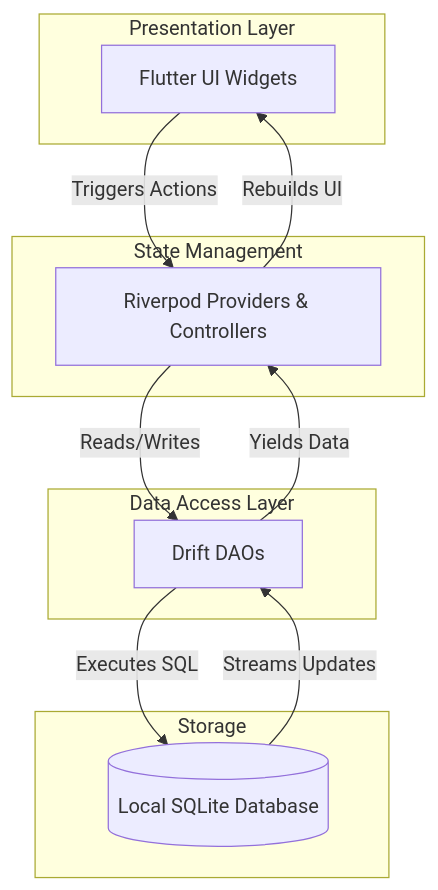
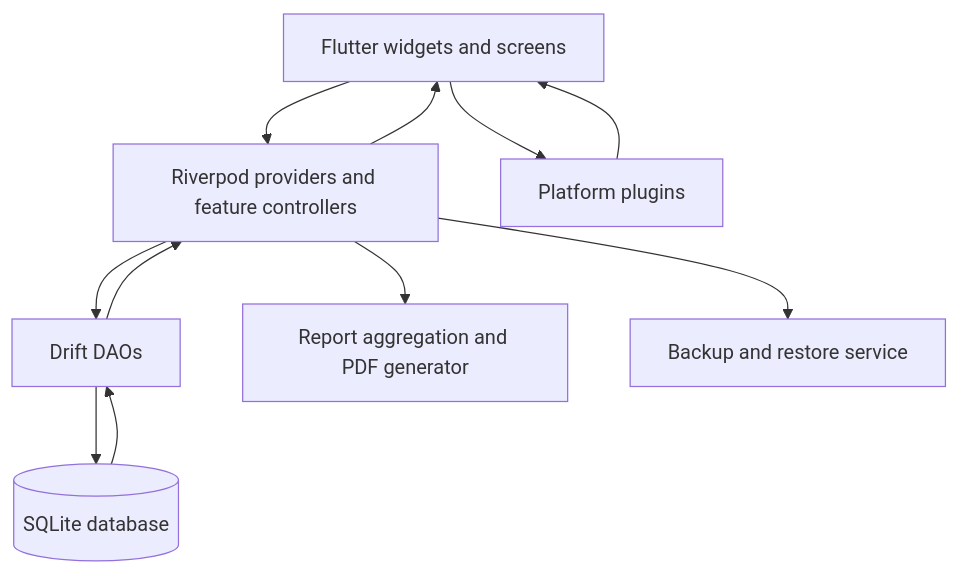
Before and after one commit to abhishekk-1804/Nivora: the diagram in docs/ARCHITECTURE.md, drawn with Mermaid. The commit also changed other lines of this file and 36 other files, not shown here.

````diff
--- a/docs/ARCHITECTURE.md
+++ b/docs/ARCHITECTURE.md
@@ -6,22 +7,21 @@
 ```mermaid
 graph TD
-    subgraph Presentation Layer
-        UI[Flutter UI Widgets]
-    end
-    subgraph State Management
-        R[Riverpod Providers & Controllers]
-    end
-    subgraph Data Access Layer
-        D[Drift DAOs]
-    end
-    subgraph Storage
-        DB[(Local SQLite Database)]
-    end
+    UI[Flutter widgets and screens]
+    State[Riverpod providers and feature controllers]
+    DAO[Drift DAOs]
+    DB[(SQLite database)]
+    Report[Report aggregation and PDF generator]
+    Backup[Backup and restore service]
+    Native[Platform plugins]
 
-    UI -->|Triggers Actions| R
-    R -->|Reads/Writes| D
-    D -->|Executes SQL| DB
-    DB -->|Streams Updates| D
-    D -->|Yields Data| R
-    R -->|Rebuilds UI| UI
+    UI --> State
+    State --> DAO
+    DAO --> DB
+    DB --> DAO
+    DAO --> State
+    State --> UI
+    State --> Report
+    State --> Backup
+    UI --> Native
+    Native --> UI
 ```
````
